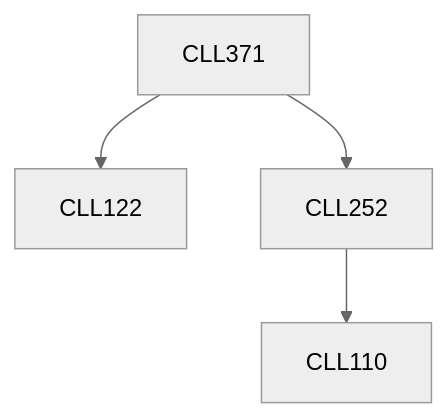
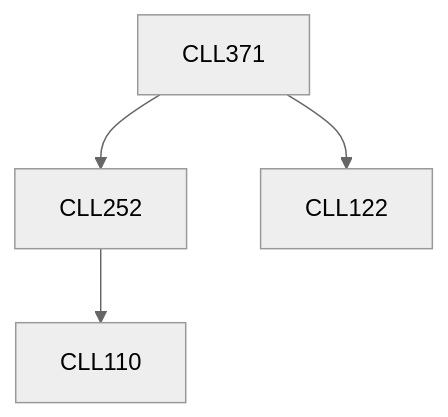
One commit to KeshavBansal0122/CoS_Website changed the diagram in content/Chemical Engineering/CLL371.md. Above: the diagram before and after it, drawn with Mermaid (neutral theme). The commit also changed other lines of this file and 392 other files, not shown here.

````diff
--- a/content/Chemical Engineering/CLL371.md
+++ b/content/Chemical Engineering/CLL371.md
@@ -13,10 +13,10 @@
 ```mermaid
 flowchart TD
 CLL371-121[CLL371]
+CLL371-121 --> CLL252-121[CLL252]
+CLL252-121 --> CLL110-121[CLL110]
 CLL371-121 --> CLL122-121[CLL122]
-CLL252-121 --> CLL110-121[CLL110]
-CLL371-121 --> CLL252-121[CLL252]
 
 classDef empty height:17px, fill:transparent, stroke:transparent;
 classDef trueEmpty height:0px, width:0px;
 ```
````
